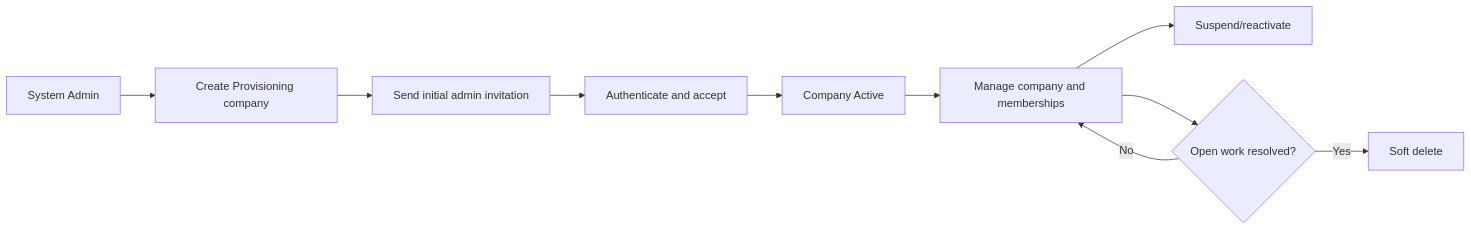
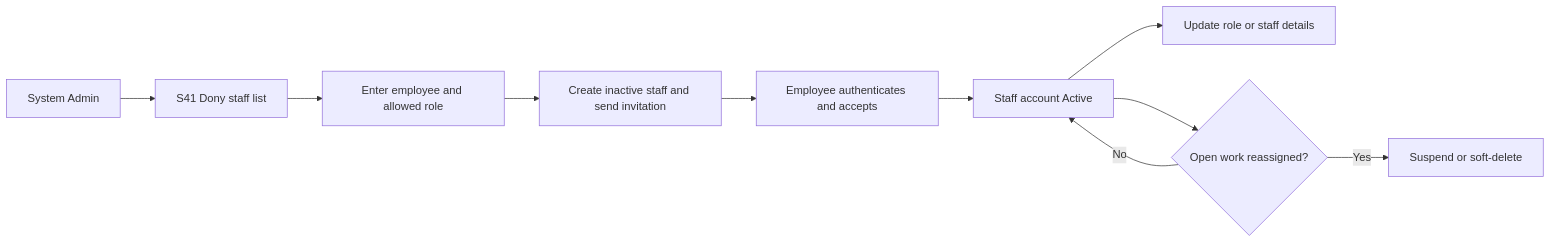
The first of 2 diagrams in specs/spec-MFG-03.md (ankhanhwork/weavelink-project), drawn with Mermaid before and after one commit. The commit also changed other lines of this file and 101 other files, not shown here.

````diff
--- a/specs/spec-MFG-03.md
+++ b/specs/spec-MFG-03.md
@@ -69,12 +78,12 @@
 ```mermaid
 flowchart LR
-  Admin[System Admin] --> Create[Create Provisioning company]
-  Create --> Invite[Send initial admin invitation]
-  Invite --> Accept[Authenticate and accept]
-  Accept --> Active[Company Active]
-  Active --> Manage[Manage company and memberships]
-  Manage --> Suspend[Suspend/reactivate]
-  Manage --> Checks{Open work resolved?}
-  Checks -->|Yes| Delete[Soft delete]
-  Checks -->|No| Manage
+  Admin[System Admin] --> List[S41 Dony staff list]
+  List --> Create[Enter employee and allowed role]
+  Create --> Invite[Create inactive staff and send invitation]
+  Invite --> Accept[Employee authenticates and accepts]
+  Accept --> Active[Staff account Active]
+  Active --> Update[Update role or staff details]
+  Active --> Check{Open work reassigned?}
+  Check -->|No| Active
+  Check -->|Yes| Suspend[Suspend or soft-delete]
 ```
````
